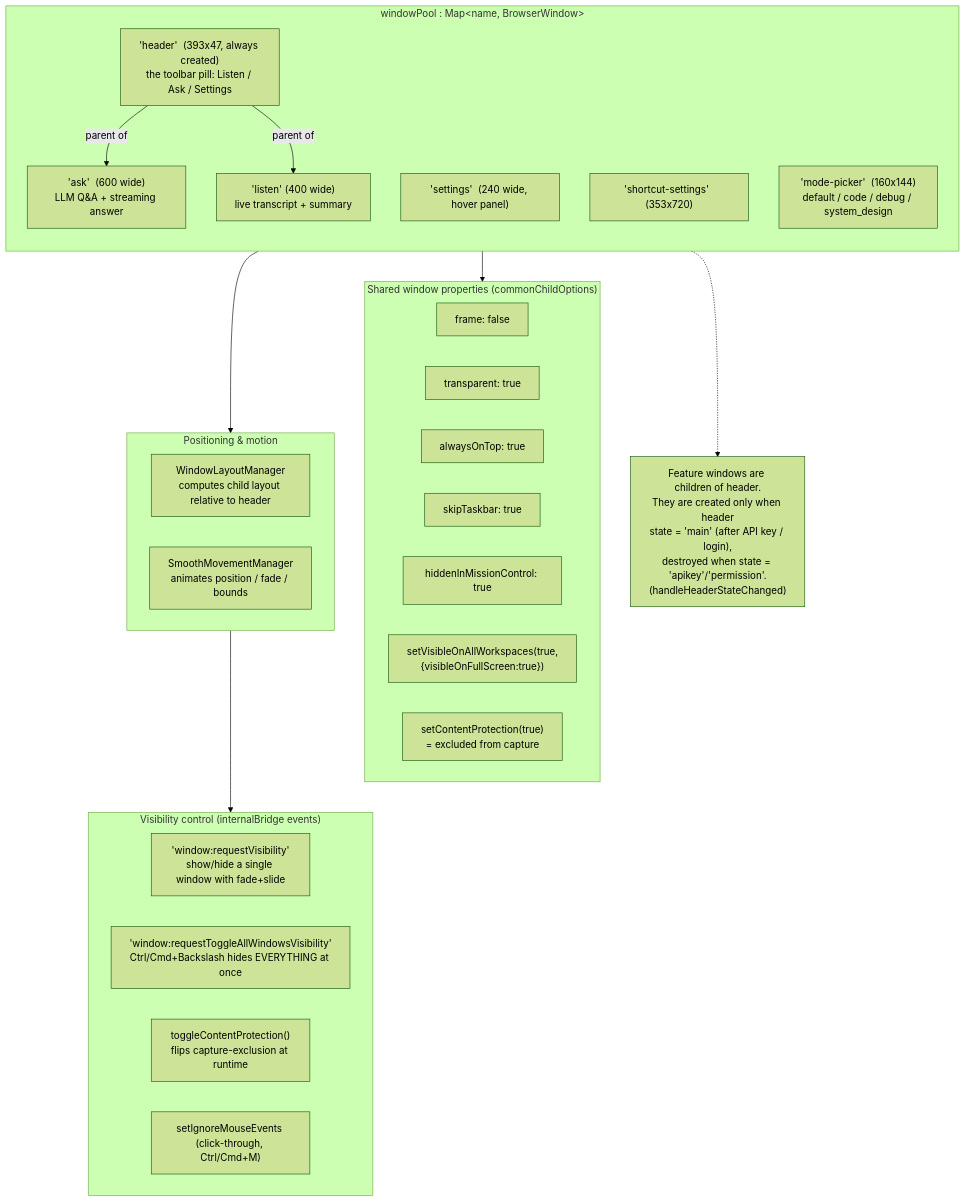
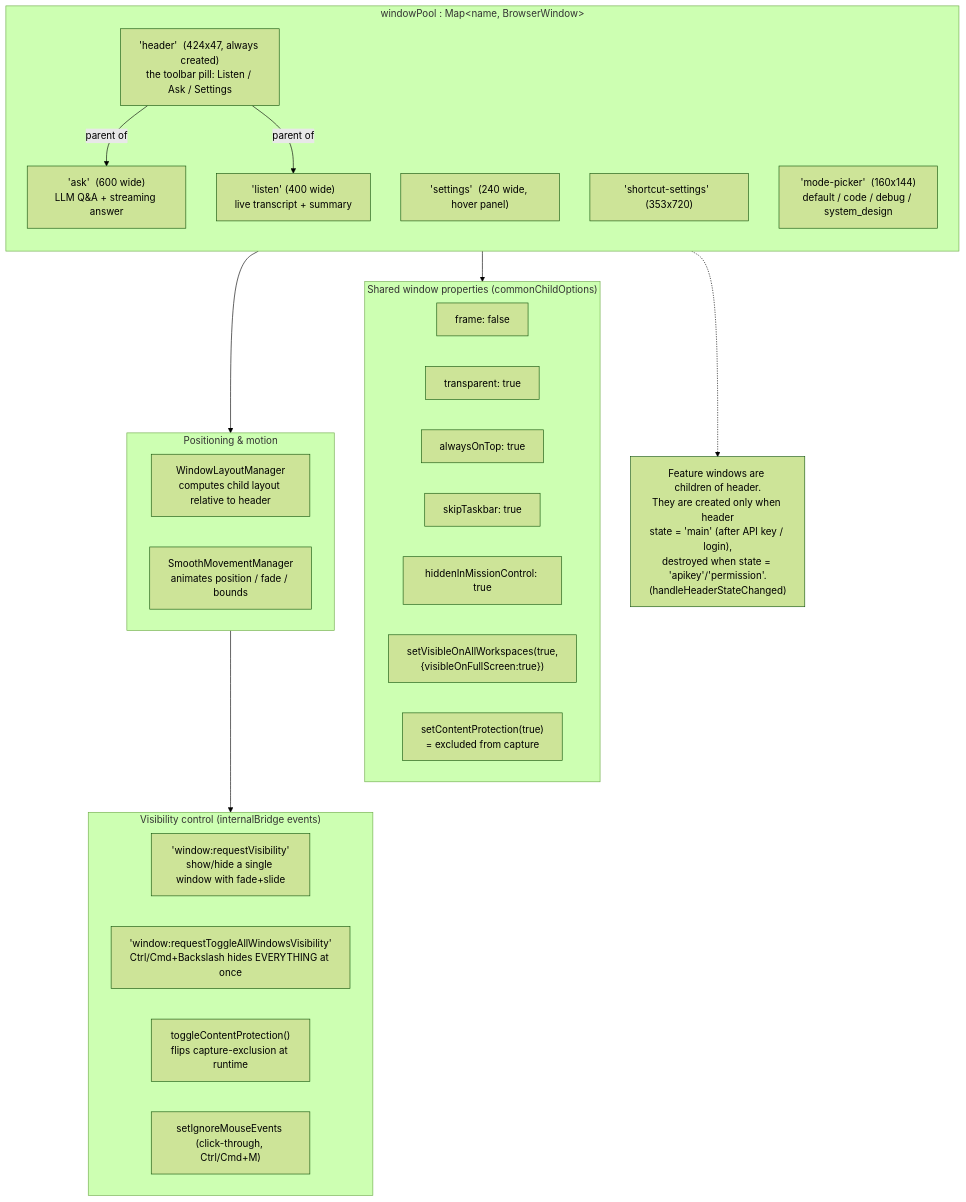
One commit to tas88-sys/glass changed the diagram in docs/diagrams/02-window-model-and-invisibility.mmd. Above: the diagram before and after it, drawn with Mermaid (forest theme). The commit also changed 12 other files, not shown here.

```diff
--- a/docs/diagrams/02-window-model-and-invisibility.mmd
+++ b/docs/diagrams/02-window-model-and-invisibility.mmd
@@ -1,46 +1,46 @@
 %% 02 - Window Model & Invisibility
 %% All windows live in a Map called windowPool (windowManager.js:35). Every window
 %% is frameless + transparent + alwaysOnTop + skipTaskbar, and has
 %% setContentProtection(true) by default (windowManager.js:31) which excludes it
 %% from screen recordings / screenshots. That is what makes Glass "invisible".
 flowchart TB
     subgraph pool["windowPool : Map&lt;name, BrowserWindow&gt;"]
         direction TB
-        header["'header'  (393x47, always created)<br/>the toolbar pill: Listen / Ask / Settings"]
+        header["'header'  (424x47, always created)<br/>the toolbar pill: Listen / Ask / Settings"]
         ask["'ask'  (600 wide)<br/>LLM Q&A + streaming answer"]
         listen["'listen'  (400 wide)<br/>live transcript + summary"]
         settings["'settings'  (240 wide, hover panel)"]
         shortcut["'shortcut-settings'  (353x720)"]
         modepicker["'mode-picker'  (160x144)<br/>default / code / debug / system_design"]
     end
 
     header -->|parent of| ask
     header -->|parent of| listen
     note1["Feature windows are children of header.<br/>They are created only when header<br/>state = 'main' (after API key / login),<br/>destroyed when state = 'apikey'/'permission'.<br/>(handleHeaderStateChanged)"]
     header -.-> note1
 
     subgraph props["Shared window properties (commonChildOptions)"]
         direction LR
         p1["frame: false"]
         p2["transparent: true"]
         p3["alwaysOnTop: true"]
         p4["skipTaskbar: true"]
         p5["hiddenInMissionControl: true"]
         p6["setVisibleOnAllWorkspaces(true,<br/>{visibleOnFullScreen:true})"]
         p7["setContentProtection(true)<br/>= excluded from capture"]
     end
     pool --> props
 
     subgraph layout["Positioning & motion"]
         lm["WindowLayoutManager<br/>computes child layout relative to header"]
         mm["SmoothMovementManager<br/>animates position / fade / bounds"]
     end
     header --> layout
 
     subgraph control["Visibility control (internalBridge events)"]
         c1["'window:requestVisibility'<br/>show/hide a single window with fade+slide"]
         c2["'window:requestToggleAllWindowsVisibility'<br/>Ctrl/Cmd+Backslash hides EVERYTHING at once"]
         c3["toggleContentProtection()<br/>flips capture-exclusion at runtime"]
         c4["setIgnoreMouseEvents (click-through, Ctrl/Cmd+M)"]
     end
     layout --> control
```
